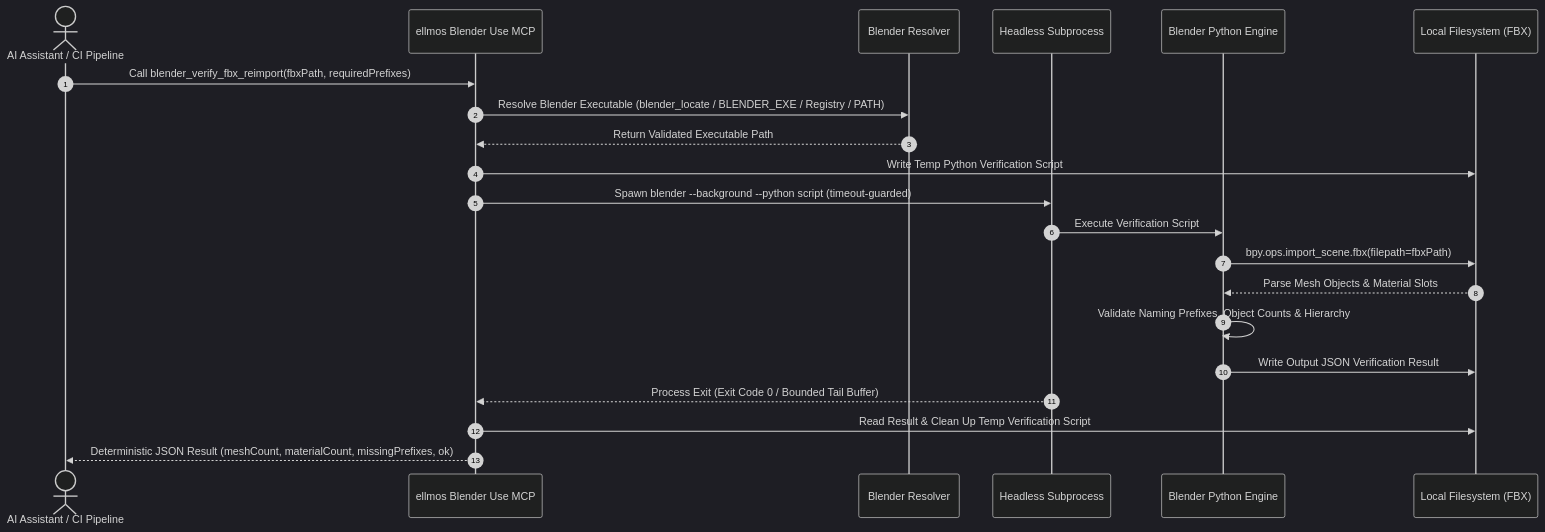
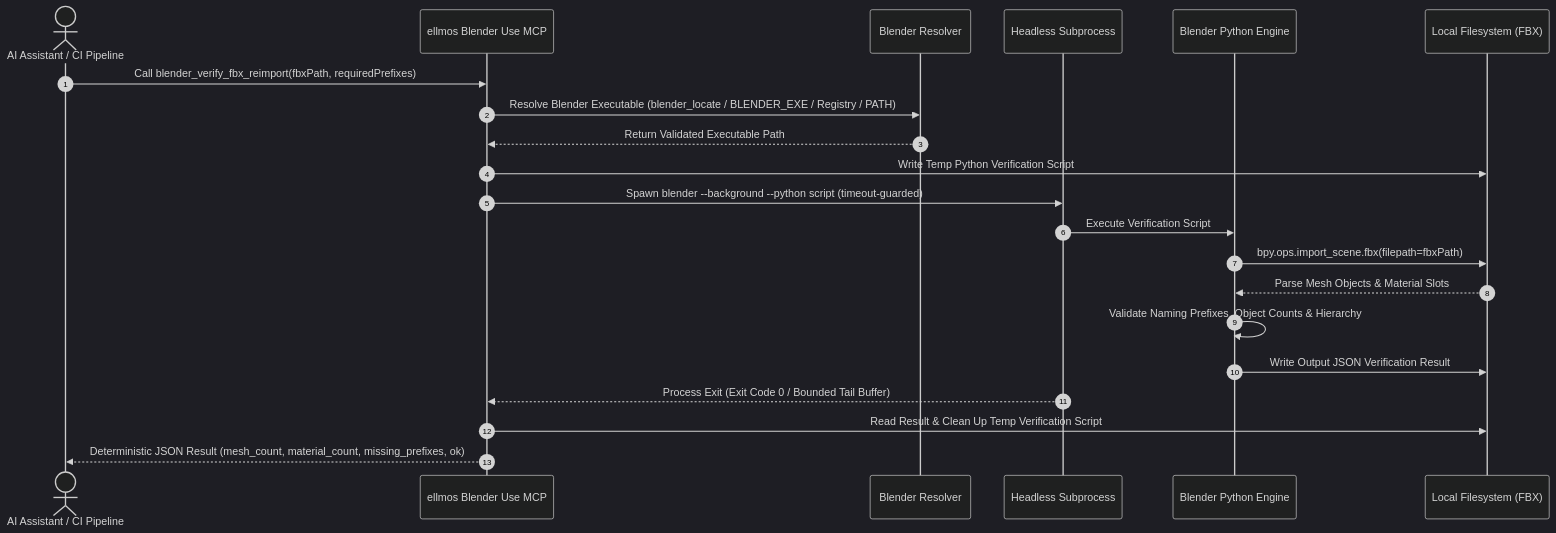
Before and after one commit to ellmos-ai/ellmos-blender-use-mcp: the second of 3 diagrams in README.md, drawn with Mermaid (dark theme). The commit also changed other lines of this file and 14 other files, not shown here.

````diff
--- a/README.md
+++ b/README.md
@@ -229,24 +229,24 @@
 ```mermaid
 sequenceDiagram
     autonumber
     actor Client as AI Assistant / CI Pipeline
     participant Server as ellmos Blender Use MCP
     participant Resolver as Blender Resolver
     participant Process as Headless Subprocess
     participant Python as Blender Python Engine
     participant FS as Local Filesystem (FBX)
 
     Client->>Server: Call blender_verify_fbx_reimport(fbxPath, requiredPrefixes)
     Server->>Resolver: Resolve Blender Executable (blender_locate / BLENDER_EXE / Registry / PATH)
     Resolver-->>Server: Return Validated Executable Path
     Server->>FS: Write Temp Python Verification Script
     Server->>Process: Spawn blender --background --python script (timeout-guarded)
     Process->>Python: Execute Verification Script
     Python->>FS: bpy.ops.import_scene.fbx(filepath=fbxPath)
     FS-->>Python: Parse Mesh Objects & Material Slots
     Python->>Python: Validate Naming Prefixes, Object Counts & Hierarchy
     Python->>FS: Write Output JSON Verification Result
     Process-->>Server: Process Exit (Exit Code 0 / Bounded Tail Buffer)
     Server->>FS: Read Result & Clean Up Temp Verification Script
-    Server-->>Client: Deterministic JSON Result (meshCount, materialCount, missingPrefixes, ok)
+    Server-->>Client: Deterministic JSON Result (mesh_count, material_count, missing_prefixes, ok)
 ```
````
